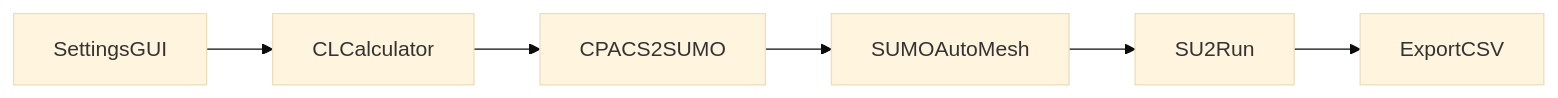
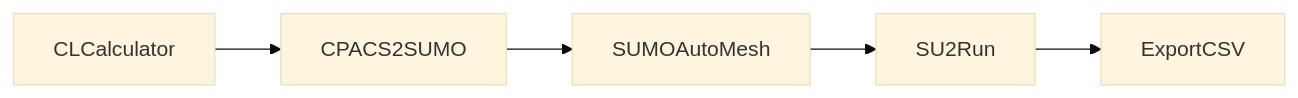
The second of 2 diagrams in README.md (cfsengineering/CEASIOMpy), drawn with Mermaid (base theme) before and after one commit. The commit also changed other lines of this file, not shown here.

Commit message:
Remove some mention of SettingsGUI

````diff
--- a/README.md
+++ b/README.md
@@ -108,8 +115,7 @@
 ```mermaid
   graph LR;
-      SettingsGUI-->CLCalculator
       CLCalculator-->CPACS2SUMO;
       CPACS2SUMO-->SUMOAutoMesh;
       SUMOAutoMesh-->SU2Run;
       SU2Run-->ExportCSV;
 ```
````
